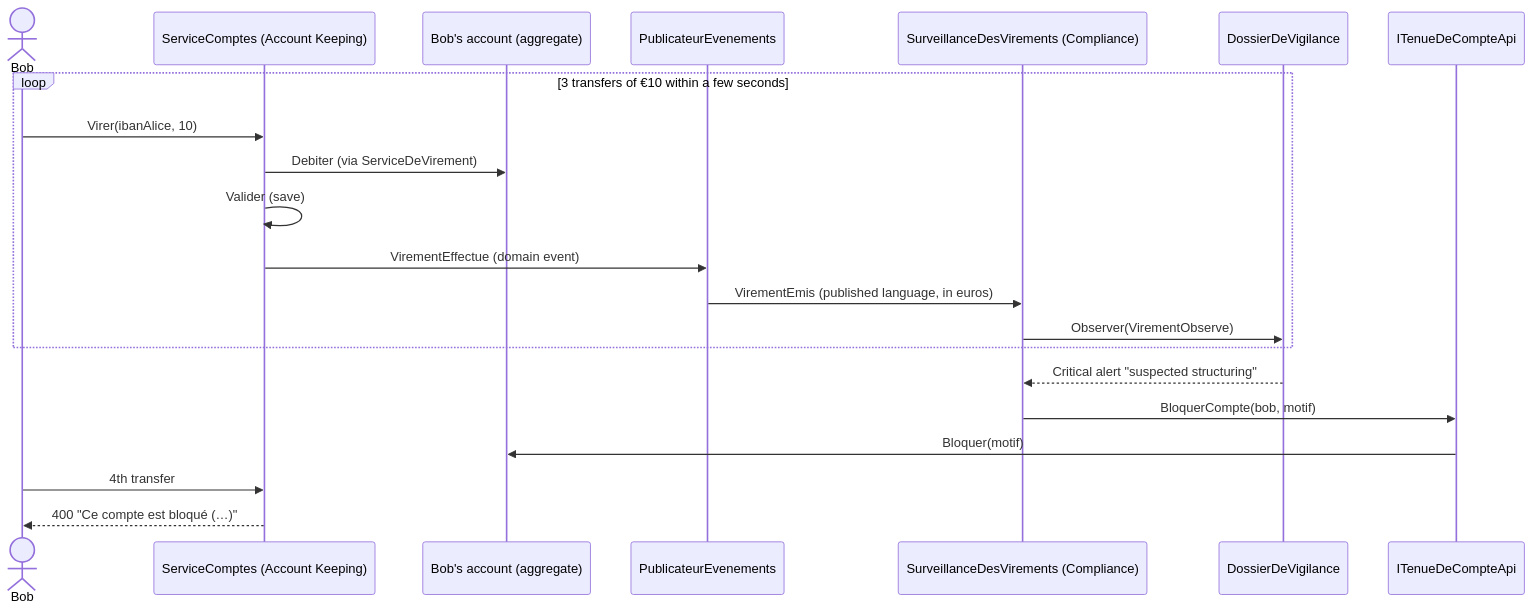
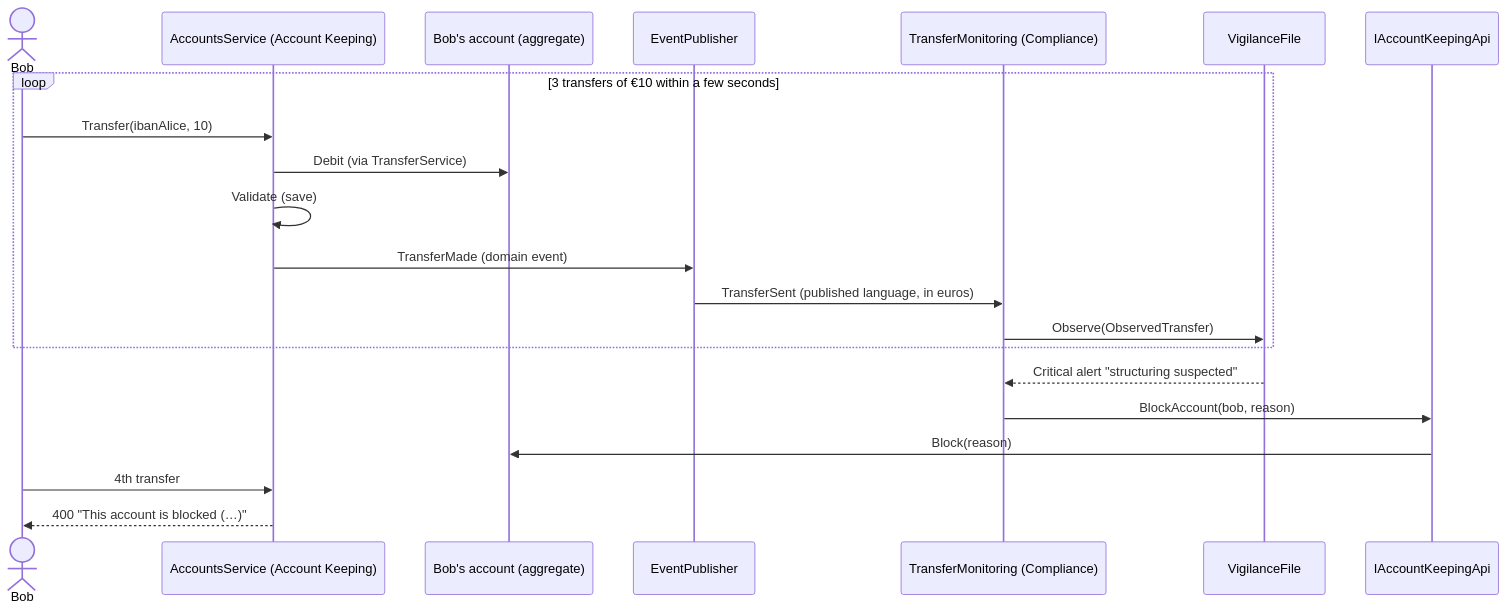
The fourth of 4 diagrams in Docs/en/11-ddd.md (drangoht/ArchitecturesDemo), drawn with Mermaid before and after one commit. The commit also changed other lines of this file and 78 other files, not shown here.

First line of the commit message:
Docs EN : identifiants, liens, diagrammes et sorties alignés sur le code anglais

````diff
--- a/Docs/en/11-ddd.md
+++ b/Docs/en/11-ddd.md
@@ -262,23 +261,23 @@
 ```mermaid
 sequenceDiagram
     actor Bob
-    participant SC as ServiceComptes (Account Keeping)
+    participant SC as AccountsService (Account Keeping)
     participant C as Bob's account (aggregate)
-    participant Pub as PublicateurEvenements
-    participant Surv as SurveillanceDesVirements (Compliance)
-    participant Dos as DossierDeVigilance
-    participant Api as ITenueDeCompteApi
+    participant Pub as EventPublisher
+    participant Surv as TransferMonitoring (Compliance)
+    participant Dos as VigilanceFile
+    participant Api as IAccountKeepingApi
     loop 3 transfers of €10 within a few seconds
-        Bob->>SC: Virer(ibanAlice, 10)
-        SC->>C: Debiter (via ServiceDeVirement)
-        SC->>SC: Valider (save)
-        SC->>Pub: VirementEffectue (domain event)
-        Pub->>Surv: VirementEmis (published language, in euros)
-        Surv->>Dos: Observer(VirementObserve)
+        Bob->>SC: Transfer(ibanAlice, 10)
+        SC->>C: Debit (via TransferService)
+        SC->>SC: Validate (save)
+        SC->>Pub: TransferMade (domain event)
+        Pub->>Surv: TransferSent (published language, in euros)
+        Surv->>Dos: Observe(ObservedTransfer)
     end
-    Dos-->>Surv: Critical alert "suspected structuring"
-    Surv->>Api: BloquerCompte(bob, motif)
-    Api->>C: Bloquer(motif)
+    Dos-->>Surv: Critical alert "structuring suspected"
+    Surv->>Api: BlockAccount(bob, reason)
+    Api->>C: Block(reason)
     Bob->>SC: 4th transfer
-    SC-->>Bob: 400 "Ce compte est bloqué (…)"
+    SC-->>Bob: 400 "This account is blocked (…)"
 ```
````
